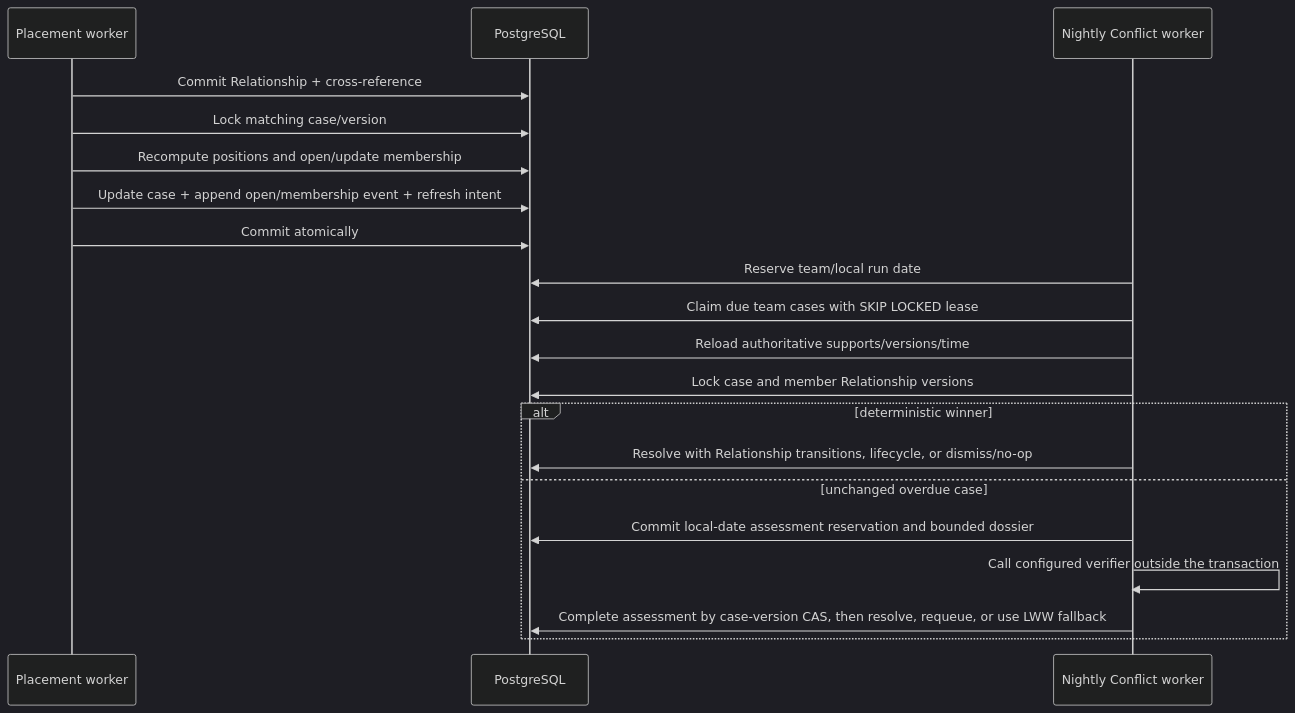
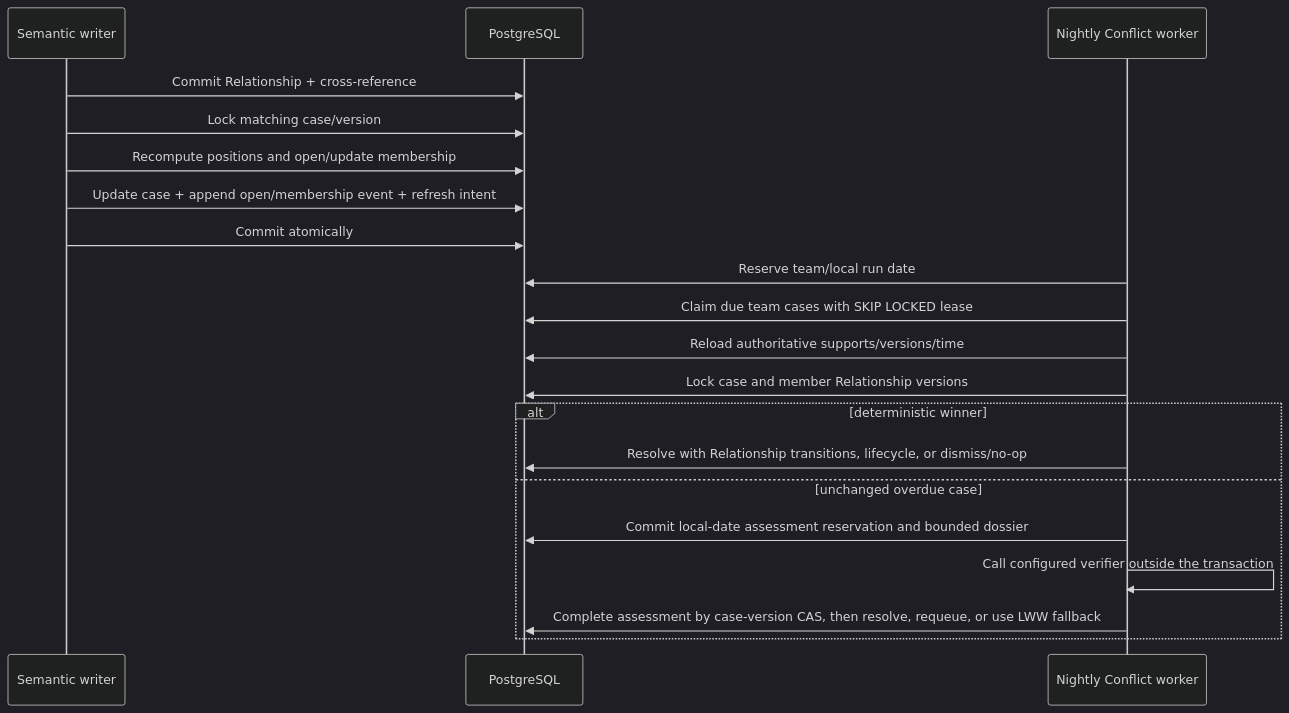
The tenth of 12 diagrams in Data-Model-And-Storage.md (markhuangai/dense-mem), drawn with Mermaid (dark theme) before and after one commit. The commit also changed other lines of this file and 24 other files, not shown here.

````diff
--- a/Data-Model-And-Storage.md
+++ b/Data-Model-And-Storage.md
@@ -641,25 +619,25 @@
 ```mermaid
 %%{init: {"sequence": {"rightAngles": true}}}%%
 sequenceDiagram
-  participant W as Placement worker
+  participant W as Semantic writer
   participant P as PostgreSQL
   participant N as Nightly Conflict worker
 
   W->>P: Commit Relationship + cross-reference
   W->>P: Lock matching case/version
   W->>P: Recompute positions and open/update membership
   W->>P: Update case + append open/membership event + refresh intent
   W->>P: Commit atomically
 
   N->>P: Reserve team/local run date
   N->>P: Claim due team cases with SKIP LOCKED lease
   N->>P: Reload authoritative supports/versions/time
   N->>P: Lock case and member Relationship versions
   alt deterministic winner
     N->>P: Resolve with Relationship transitions, lifecycle, or dismiss/no-op
   else unchanged overdue case
     N->>P: Commit local-date assessment reservation and bounded dossier
     N->>N: Call configured verifier outside the transaction
     N->>P: Complete assessment by case-version CAS, then resolve, requeue, or use LWW fallback
   end
 ```
````
